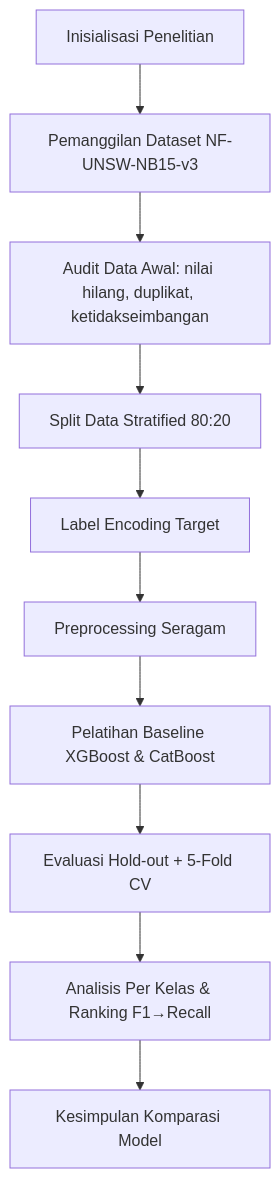
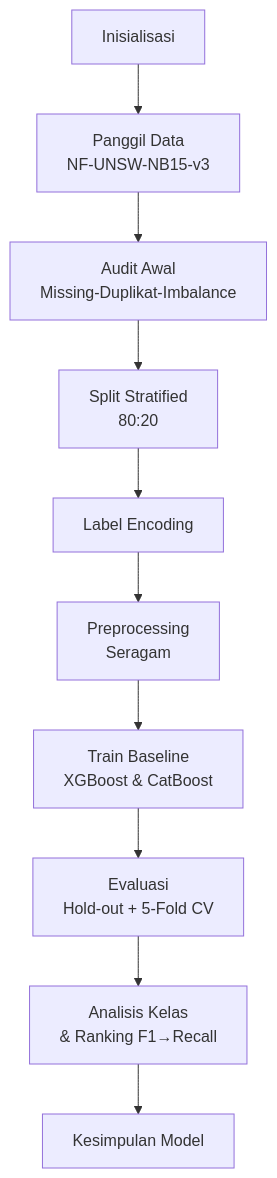
One commit to Nantarachma/Kode_Skripsi_Notebook changed the first of 3 diagrams in Artikel_Jurnal_Sinta4_Analisis_Komparatif_XGBoost_CatBoost.md. Above: the diagram before and after it, drawn with Mermaid. The commit also changed other lines of this file, not shown here.

Commit message:
docs: ringkas diagram mermaid gambar 1 dan 3 agar lebih kompak
Agent-Logs-Url: https://github.com/Nantarachma/Kode_Skripsi_Notebook/sessions/e62df1ac-5ba4-4e1a-a568-741021f82e20

````diff
--- a/Artikel_Jurnal_Sinta4_Analisis_Komparatif_XGBoost_CatBoost.md
+++ b/Artikel_Jurnal_Sinta4_Analisis_Komparatif_XGBoost_CatBoost.md
@@ -56,12 +56,12 @@
 ```mermaid
 flowchart TD
-    A[Inisialisasi Penelitian] --> B[Pemanggilan Dataset NF-UNSW-NB15-v3]
-    B --> C[Audit Data Awal: nilai hilang, duplikat, ketidakseimbangan]
-    C --> D[Split Data Stratified 80:20]
-    D --> E[Label Encoding Target]
-    E --> F[Preprocessing Seragam]
-    F --> G[Pelatihan Baseline XGBoost & CatBoost]
-    G --> H[Evaluasi Hold-out + 5-Fold CV]
-    H --> I[Analisis Per Kelas & Ranking F1→Recall]
-    I --> J[Kesimpulan Komparasi Model]
+    A[Inisialisasi] --> B[Panggil Data<br/>NF-UNSW-NB15-v3]
+    B --> C[Audit Awal<br/>Missing-Duplikat-Imbalance]
+    C --> D[Split Stratified<br/>80:20]
+    D --> E[Label Encoding]
+    E --> F[Preprocessing<br/>Seragam]
+    F --> G[Train Baseline<br/>XGBoost & CatBoost]
+    G --> H[Evaluasi<br/>Hold-out + 5-Fold CV]
+    H --> I[Analisis Kelas<br/>& Ranking F1→Recall]
+    I --> J[Kesimpulan Model]
 ```
````
